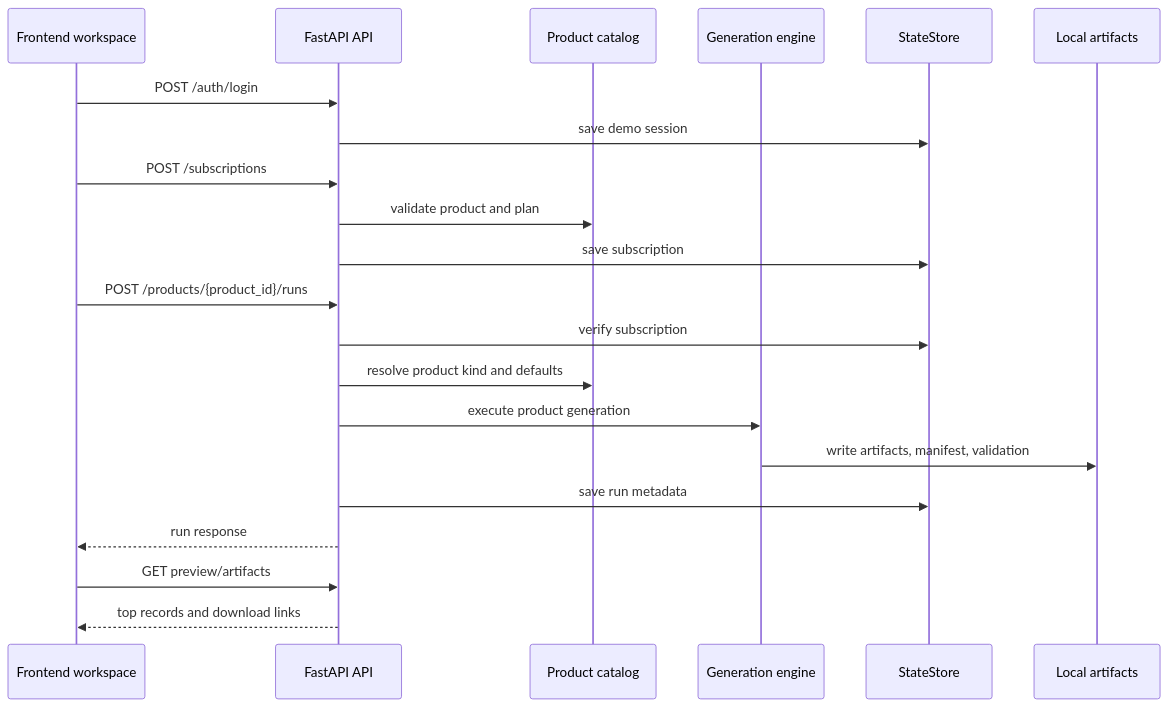
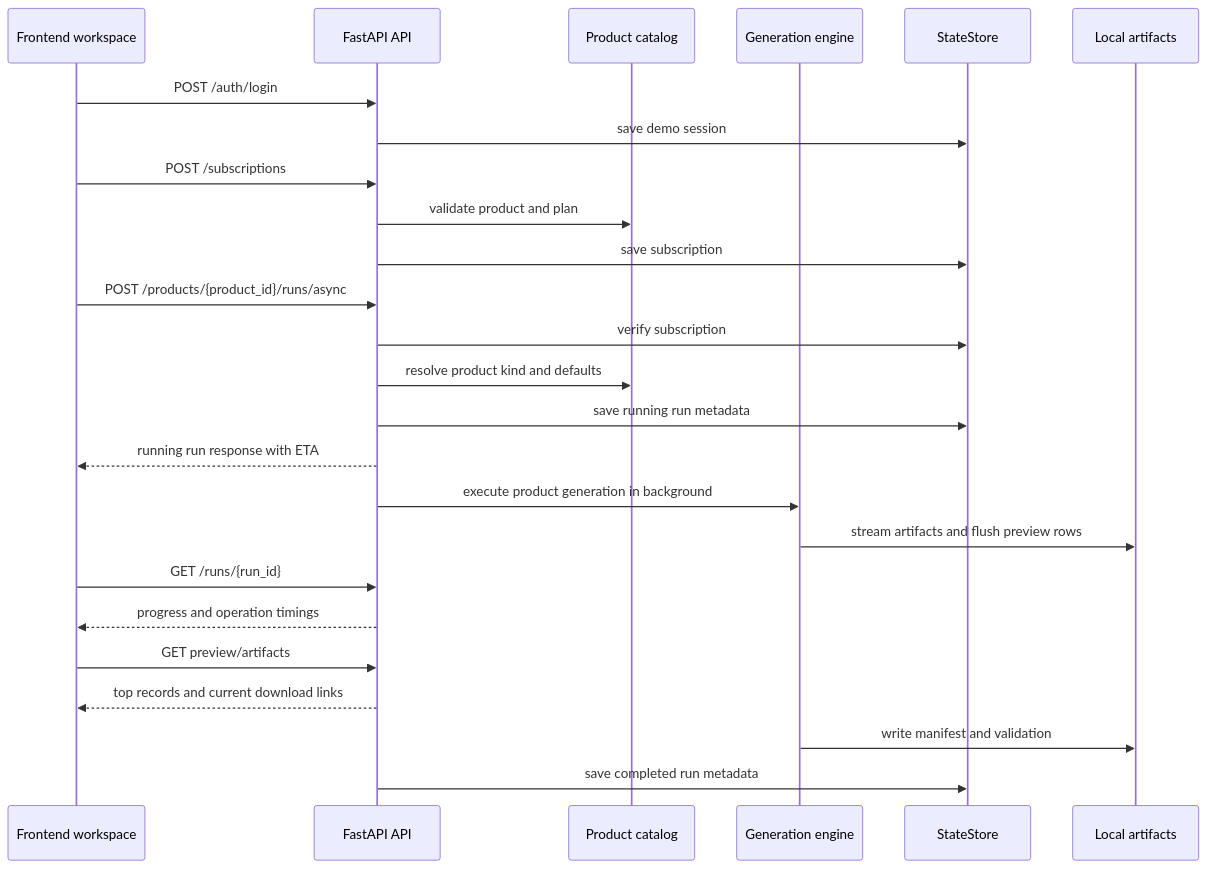
The fourth of 6 diagrams in docs/engineering/architecture.md (smitzo/DataBoom), drawn with Mermaid before and after one commit. The commit also changed other lines of this file and 3 other files, not shown here.

Commit message:
docs: explain async synthetic generation

````diff
--- a/docs/engineering/architecture.md
+++ b/docs/engineering/architecture.md
@@ -97,24 +99,28 @@
 ```mermaid
 sequenceDiagram
     participant UI as Frontend workspace
     participant API as FastAPI API
     participant Catalog as Product catalog
     participant Engine as Generation engine
     participant Store as StateStore
     participant Disk as Local artifacts
 
     UI->>API: POST /auth/login
     API->>Store: save demo session
     UI->>API: POST /subscriptions
     API->>Catalog: validate product and plan
     API->>Store: save subscription
-    UI->>API: POST /products/{product_id}/runs
+    UI->>API: POST /products/{product_id}/runs/async
     API->>Store: verify subscription
     API->>Catalog: resolve product kind and defaults
-    API->>Engine: execute product generation
-    Engine->>Disk: write artifacts, manifest, validation
-    API->>Store: save run metadata
-    API-->>UI: run response
+    API->>Store: save running run metadata
+    API-->>UI: running run response with ETA
+    API->>Engine: execute product generation in background
+    Engine->>Disk: stream artifacts and flush preview rows
+    UI->>API: GET /runs/{run_id}
+    API-->>UI: progress and operation timings
     UI->>API: GET preview/artifacts
-    API-->>UI: top records and download links
+    API-->>UI: top records and current download links
+    Engine->>Disk: write manifest and validation
+    API->>Store: save completed run metadata
 ```
````
